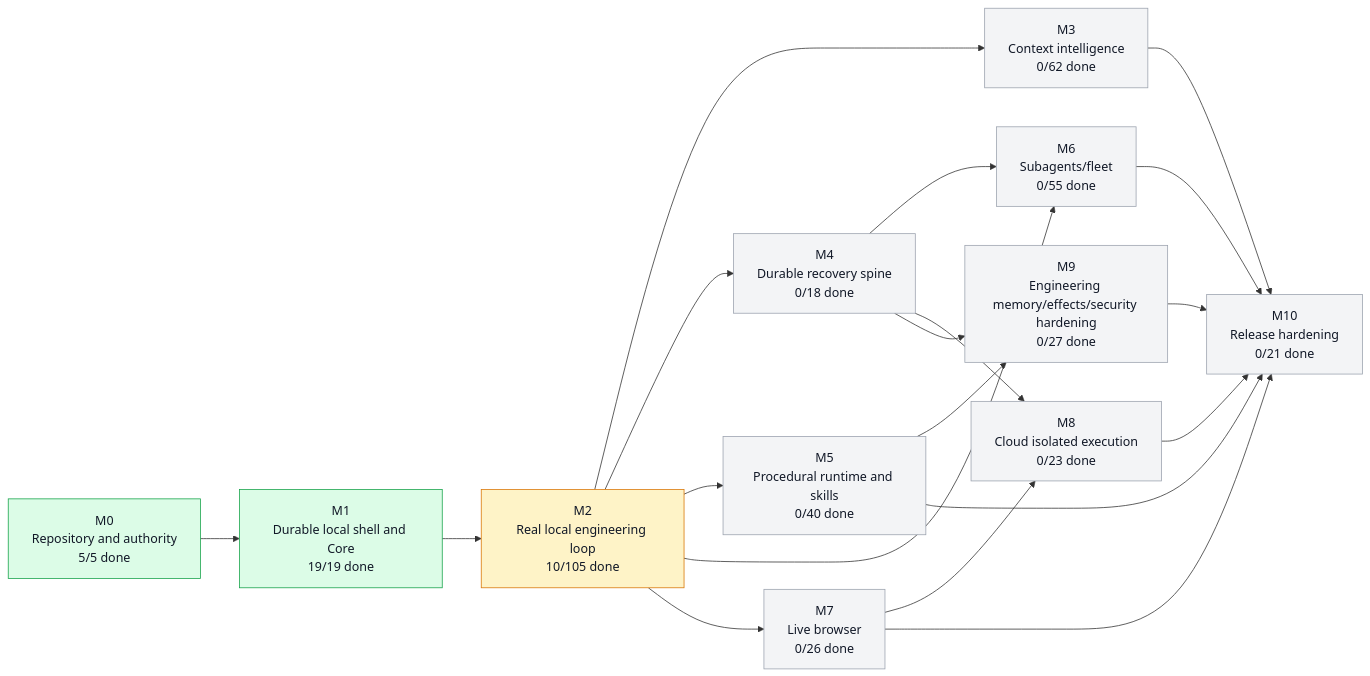
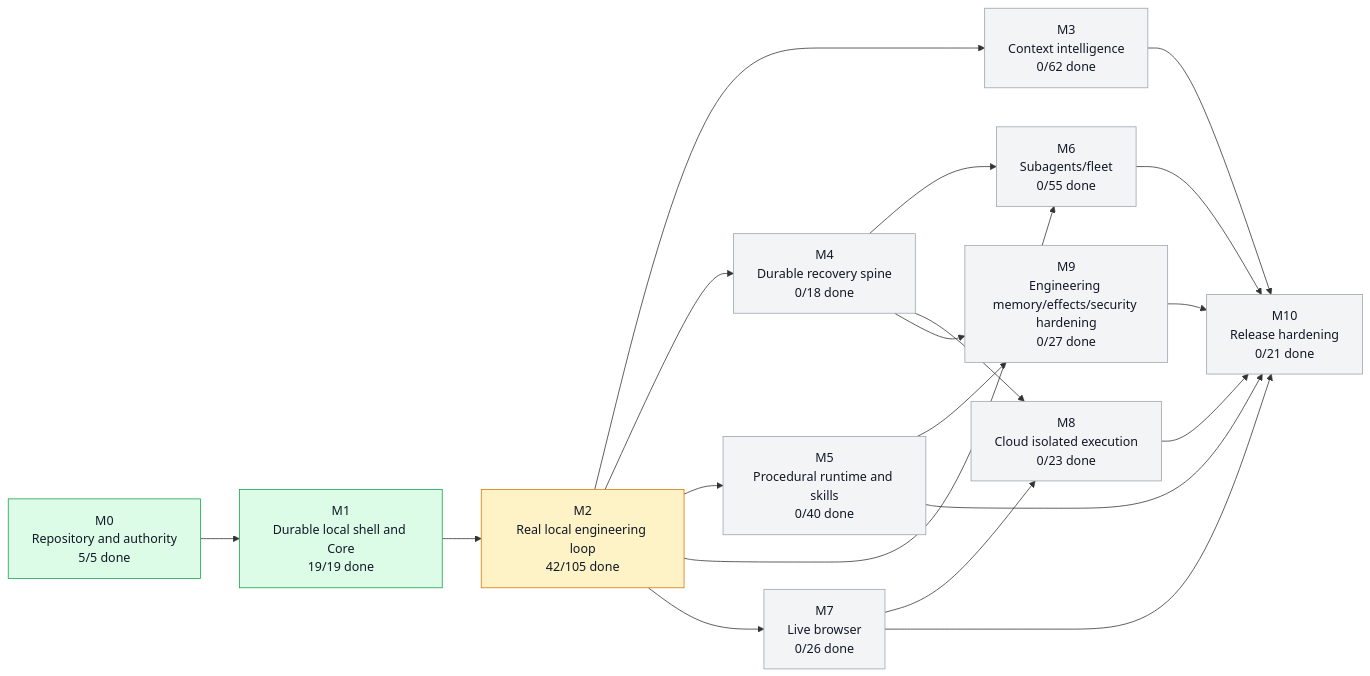
One commit to moss101/modbit changed the first of 5 diagrams in graph/PROJECT_GRAPH.md. Above: the diagram before and after it, drawn with Mermaid. The commit also changed other lines of this file and 131 other files, not shown here.

````diff
--- a/graph/PROJECT_GRAPH.md
+++ b/graph/PROJECT_GRAPH.md
@@ -57,43 +57,43 @@
 ```mermaid
 flowchart LR
   M0["M0<br/>Repository and authority<br/>5/5 done"]
   M1["M1<br/>Durable local shell and Core<br/>19/19 done"]
-  M2["M2<br/>Real local engineering loop<br/>10/105 done"]
+  M2["M2<br/>Real local engineering loop<br/>42/105 done"]
   M3["M3<br/>Context intelligence<br/>0/62 done"]
   M4["M4<br/>Durable recovery spine<br/>0/18 done"]
   M5["M5<br/>Procedural runtime and skills<br/>0/40 done"]
   M6["M6<br/>Subagents/fleet<br/>0/55 done"]
   M7["M7<br/>Live browser<br/>0/26 done"]
   M8["M8<br/>Cloud isolated execution<br/>0/23 done"]
   M9["M9<br/>Engineering memory/effects/security hardening<br/>0/27 done"]
   M10["M10<br/>Release hardening<br/>0/21 done"]
   M0 --> M1
   M1 --> M2
   M2 --> M3
   M2 --> M4
   M2 --> M5
   M2 --> M6
   M4 --> M6
   M2 --> M7
   M4 --> M8
   M7 --> M8
   M4 --> M9
   M5 --> M9
   M3 --> M10
   M5 --> M10
   M6 --> M10
   M7 --> M10
   M8 --> M10
   M9 --> M10
   style M0 fill:#dcfce7,stroke:#16a34a,color:#111827
   style M1 fill:#dcfce7,stroke:#16a34a,color:#111827
   style M2 fill:#fef3c7,stroke:#d97706,color:#111827
   style M3 fill:#f3f4f6,stroke:#9ca3af,color:#111827
   style M4 fill:#f3f4f6,stroke:#9ca3af,color:#111827
   style M5 fill:#f3f4f6,stroke:#9ca3af,color:#111827
   style M6 fill:#f3f4f6,stroke:#9ca3af,color:#111827
   style M7 fill:#f3f4f6,stroke:#9ca3af,color:#111827
   style M8 fill:#f3f4f6,stroke:#9ca3af,color:#111827
   style M9 fill:#f3f4f6,stroke:#9ca3af,color:#111827
   style M10 fill:#f3f4f6,stroke:#9ca3af,color:#111827
 ```
````
